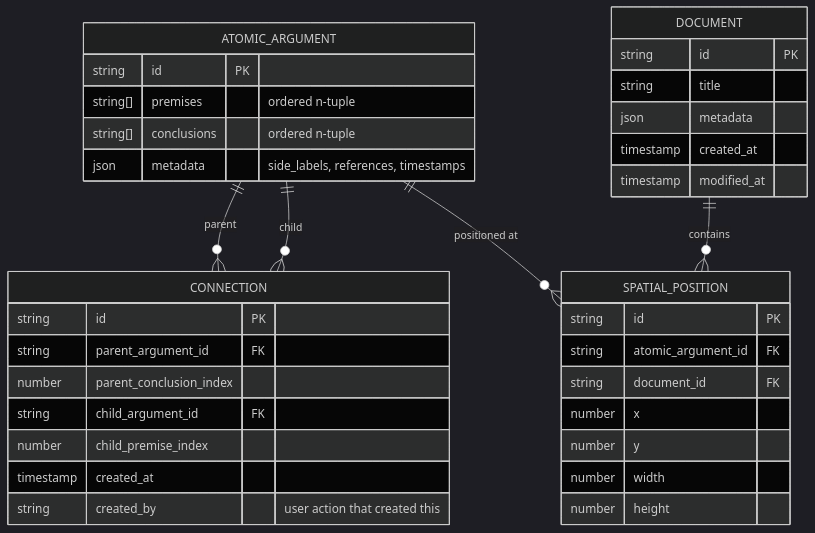
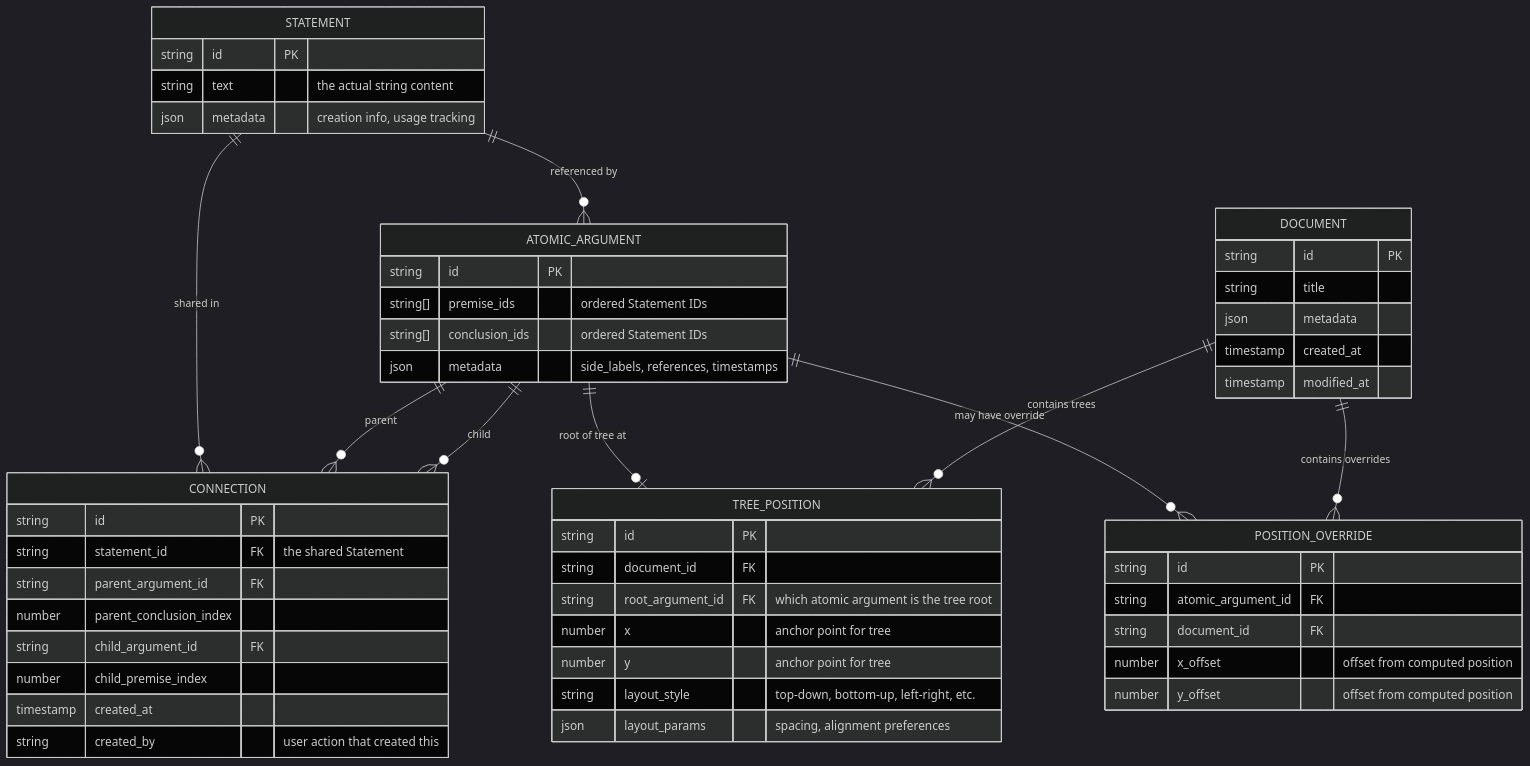
Before and after one commit to nate123456/proof-editor: the first of 2 diagrams in docs/08-technical-design/conceptual-data-model.md, drawn with Mermaid (dark theme). The commit also changed other lines of this file and 14 other files, not shown here.

````diff
--- a/docs/08-technical-design/conceptual-data-model.md
+++ b/docs/08-technical-design/conceptual-data-model.md
@@ -15,42 +17,60 @@
 ```mermaid
 erDiagram
+    STATEMENT {
+        string id PK
+        string text "the actual string content"
+        json metadata "creation info, usage tracking"
+    }
     ATOMIC_ARGUMENT {
         string id PK
-        string[] premises "ordered n-tuple"
-        string[] conclusions "ordered n-tuple"
+        string[] premise_ids "ordered Statement IDs"
+        string[] conclusion_ids "ordered Statement IDs"
         json metadata "side_labels, references, timestamps"
     }
     
     CONNECTION {
         string id PK
+        string statement_id FK "the shared Statement"
         string parent_argument_id FK
         number parent_conclusion_index
         string child_argument_id FK
         number child_premise_index
         timestamp created_at
         string created_by "user action that created this"
     }
     
     DOCUMENT {
         string id PK
         string title
         json metadata
         timestamp created_at
         timestamp modified_at
     }
     
-    SPATIAL_POSITION {
+    TREE_POSITION {
+        string id PK
+        string document_id FK
+        string root_argument_id FK "which atomic argument is the tree root"
+        number x "anchor point for tree"
+        number y "anchor point for tree"
+        string layout_style "top-down, bottom-up, left-right, etc."
+        json layout_params "spacing, alignment preferences"
+    }
+    
+    POSITION_OVERRIDE {
         string id PK
         string atomic_argument_id FK
         string document_id FK
-        number x
-        number y
-        number width
-        number height
+        number x_offset "offset from computed position"
+        number y_offset "offset from computed position"
     }
     
+    STATEMENT ||--o{ ATOMIC_ARGUMENT : "referenced by"
+    STATEMENT ||--o{ CONNECTION : "shared in"
     ATOMIC_ARGUMENT ||--o{ CONNECTION : "parent"
     ATOMIC_ARGUMENT ||--o{ CONNECTION : "child"
-    ATOMIC_ARGUMENT ||--o{ SPATIAL_POSITION : "positioned at"
-    DOCUMENT ||--o{ SPATIAL_POSITION : "contains"
+    ATOMIC_ARGUMENT ||--o| TREE_POSITION : "root of tree at"
+    ATOMIC_ARGUMENT ||--o{ POSITION_OVERRIDE : "may have override"
+    DOCUMENT ||--o{ TREE_POSITION : "contains trees"
+    DOCUMENT ||--o{ POSITION_OVERRIDE : "contains overrides"
 ```
````
